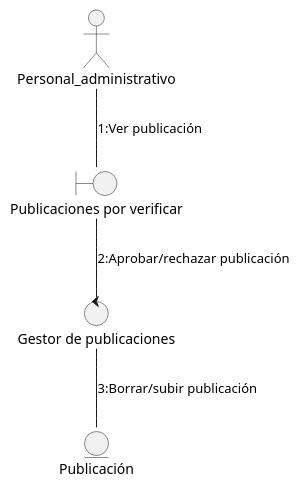
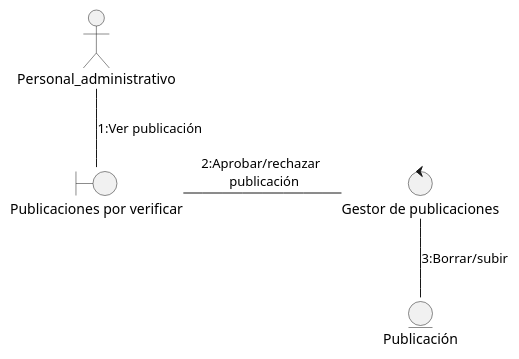
Before and after one commit to Dayannis-07/ING_SOFT: the diagram in docs/scenariosView/collaborationDiagram/useCase-VerificarPublicaciones.puml, drawn with PlantUML. The commit also changed 14 other files, not shown here.

Commit message:
Analysis Class Diagram Corrections

```diff
--- a/docs/scenariosView/collaborationDiagram/useCase-VerificarPublicaciones.puml
+++ b/docs/scenariosView/collaborationDiagram/useCase-VerificarPublicaciones.puml
@@ -1,9 +1,9 @@
 @startuml verificarPublicaciones
 actor Personal_administrativo as pm
 boundary "Publicaciones por verificar" as pv
 pm--pv :1:Ver publicación
 control "Gestor de publicaciones" as pg
-pv--pg :2:Aprobar/rechazar publicación
+pv-r-pg :2:Aprobar/rechazar \n publicación
 entity Publicación as p
-pg--p :3:Borrar/subir publicación
+pg--p :3:Borrar/subir
 @enduml
```
